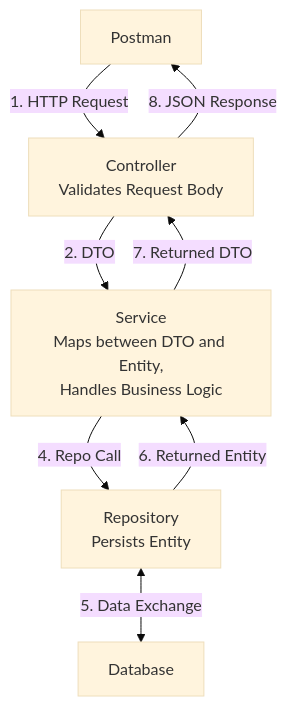
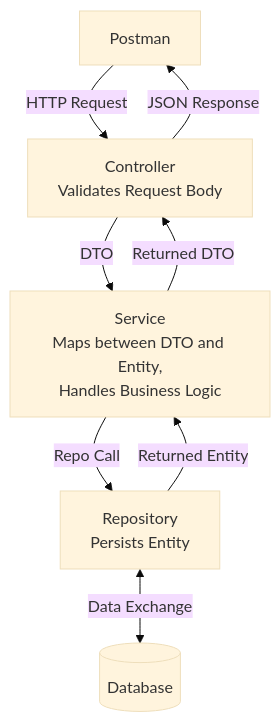
Before and after one commit to EricYoung37/Java-Backend-Course: the diagram in Short Questions/HW6.md, drawn with Mermaid (base theme).

Commit message:
documentation

````diff
--- a/Short Questions/HW6.md
+++ b/Short Questions/HW6.md
@@ -58,10 +58,10 @@
 ```mermaid
 flowchart TD
-    A[Postman] -->|1. HTTP Request| B[Controller\nValidates Request Body]
-    B -->|2. DTO| C[Service\nMaps between DTO and Entity,\nHandles Business Logic]
-    C -->|4. Repo Call| D[Repository\nPersists Entity]
-    D <--> |5. Data Exchange| E[Database]
-    D -->|6. Returned Entity| C
-    C -->|7. Returned DTO| B
-    B -->|8. JSON Response| A
+    A[Postman] -->|HTTP Request| B[Controller\nValidates Request Body]
+    B -->|DTO| C[Service\nMaps between DTO and Entity,\nHandles Business Logic]
+    C -->|Repo Call| D[Repository\nPersists Entity]
+    D <--> |Data Exchange| E[(Database)]
+    D -->|Returned Entity| C
+    C -->|Returned DTO| B
+    B -->|JSON Response| A
 ```
````
